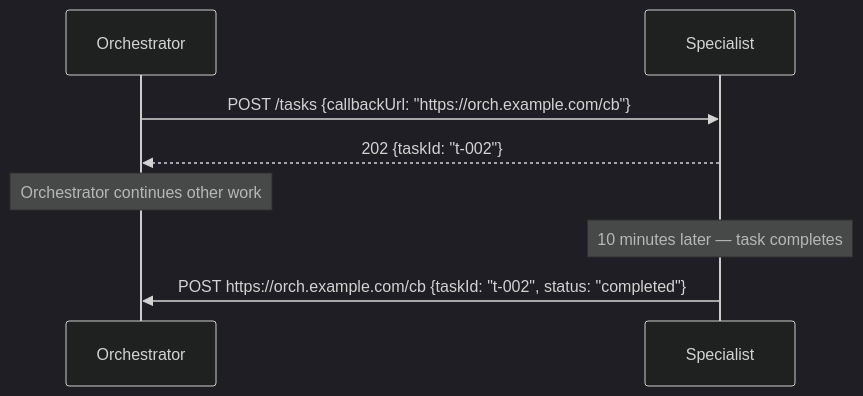
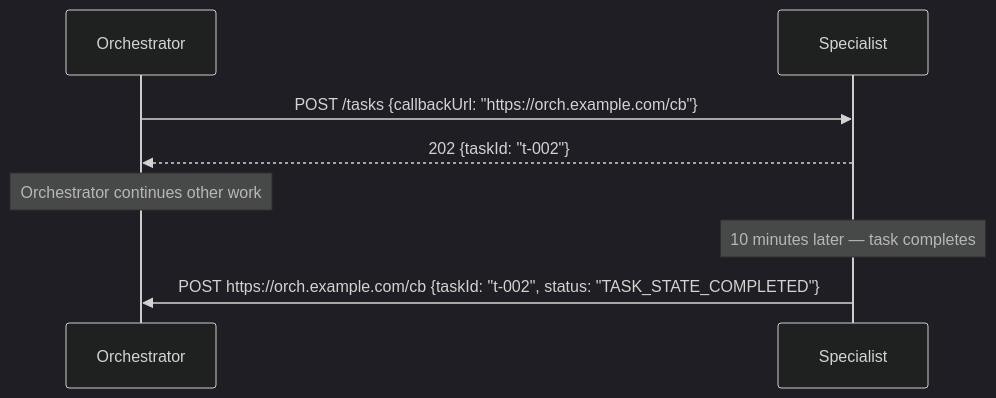
One commit to rppol/system-design changed the third of 7 diagrams in src/main/java/com/rutik/systemdesign/llm/multi_agent_systems/agent_to_agent_protocols.md. Above: the diagram before and after it, drawn with Mermaid. The commit also changed other lines of this file and 26 other files, not shown here.

````diff
--- a/src/main/java/com/rutik/systemdesign/llm/multi_agent_systems/agent_to_agent_protocols.md
+++ b/src/main/java/com/rutik/systemdesign/llm/multi_agent_systems/agent_to_agent_protocols.md
@@ -187,11 +231,11 @@
 ```mermaid
 %%{init: {'theme': 'dark'}}%%
 sequenceDiagram
     participant O as Orchestrator
     participant S as Specialist
     O->>S: POST /tasks {callbackUrl: "https://orch.example.com/cb"}
     S-->>O: 202 {taskId: "t-002"}
     Note over O: Orchestrator continues other work
     Note over S: 10 minutes later — task completes
-    S->>O: POST https://orch.example.com/cb {taskId: "t-002", status: "completed"}
+    S->>O: POST https://orch.example.com/cb {taskId: "t-002", status: "TASK_STATE_COMPLETED"}
 ```
````
